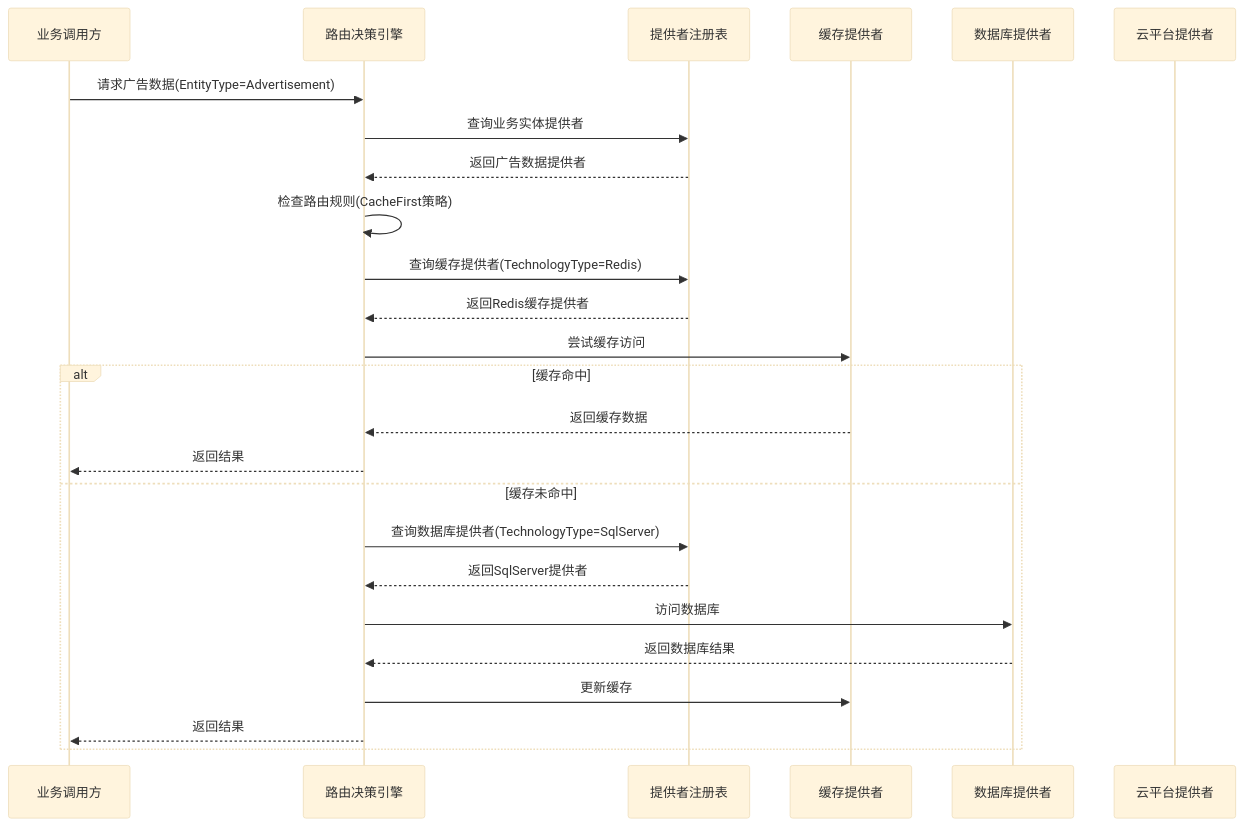
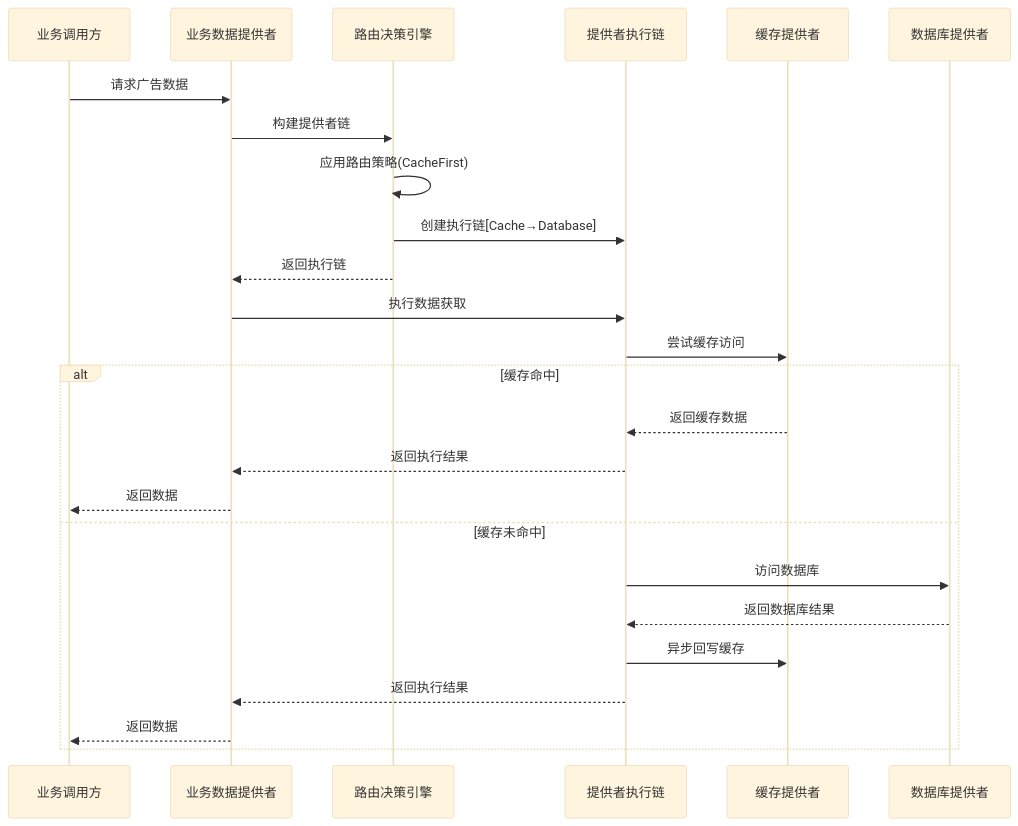
The sixth of 15 diagrams in docs_TecDesign/数据访问层技术设计.md (lornshrimp/Lorn.ADSP), drawn with Mermaid (base theme) before and after one commit. The commit also changed other lines of this file and 7 other files, not shown here.

````diff
--- a/docs_TecDesign/数据访问层技术设计.md
+++ b/docs_TecDesign/数据访问层技术设计.md
@@ -437,28 +523,29 @@
 ```mermaid
 sequenceDiagram
     participant Client as 业务调用方
+    participant Provider as 业务数据提供者
     participant Router as 路由决策引擎
-    participant Registry as 提供者注册表
+    participant Chain as 提供者执行链
     participant Cache as 缓存提供者
     participant Database as 数据库提供者
-    participant Cloud as 云平台提供者
     
-    Client->>Router: 请求广告数据(EntityType=Advertisement)
-    Router->>Registry: 查询业务实体提供者
-    Registry-->>Router: 返回广告数据提供者
-    Router->>Router: 检查路由规则(CacheFirst策略)
-    Router->>Registry: 查询缓存提供者(TechnologyType=Redis)
-    Registry-->>Router: 返回Redis缓存提供者
-    Router->>Cache: 尝试缓存访问
+    Client->>Provider: 请求广告数据
+    Provider->>Router: 构建提供者链
+    Router->>Router: 应用路由策略(CacheFirst)
+    Router->>Chain: 创建执行链[Cache→Database]
+    Router-->>Provider: 返回执行链
+    
+    Provider->>Chain: 执行数据获取
+    Chain->>Cache: 尝试缓存访问
     alt 缓存命中
-        Cache-->>Router: 返回缓存数据
-        Router-->>Client: 返回结果
+        Cache-->>Chain: 返回缓存数据
+        Chain-->>Provider: 返回执行结果
+        Provider-->>Client: 返回数据
     else 缓存未命中
-        Router->>Registry: 查询数据库提供者(TechnologyType=SqlServer)
-        Registry-->>Router: 返回SqlServer提供者
-        Router->>Database: 访问数据库
-        Database-->>Router: 返回数据库结果
-        Router->>Cache: 更新缓存
-        Router-->>Client: 返回结果
+        Chain->>Database: 访问数据库
+        Database-->>Chain: 返回数据库结果
+        Chain->>Cache: 异步回写缓存
+        Chain-->>Provider: 返回执行结果
+        Provider-->>Client: 返回数据
     end
 ```
````
